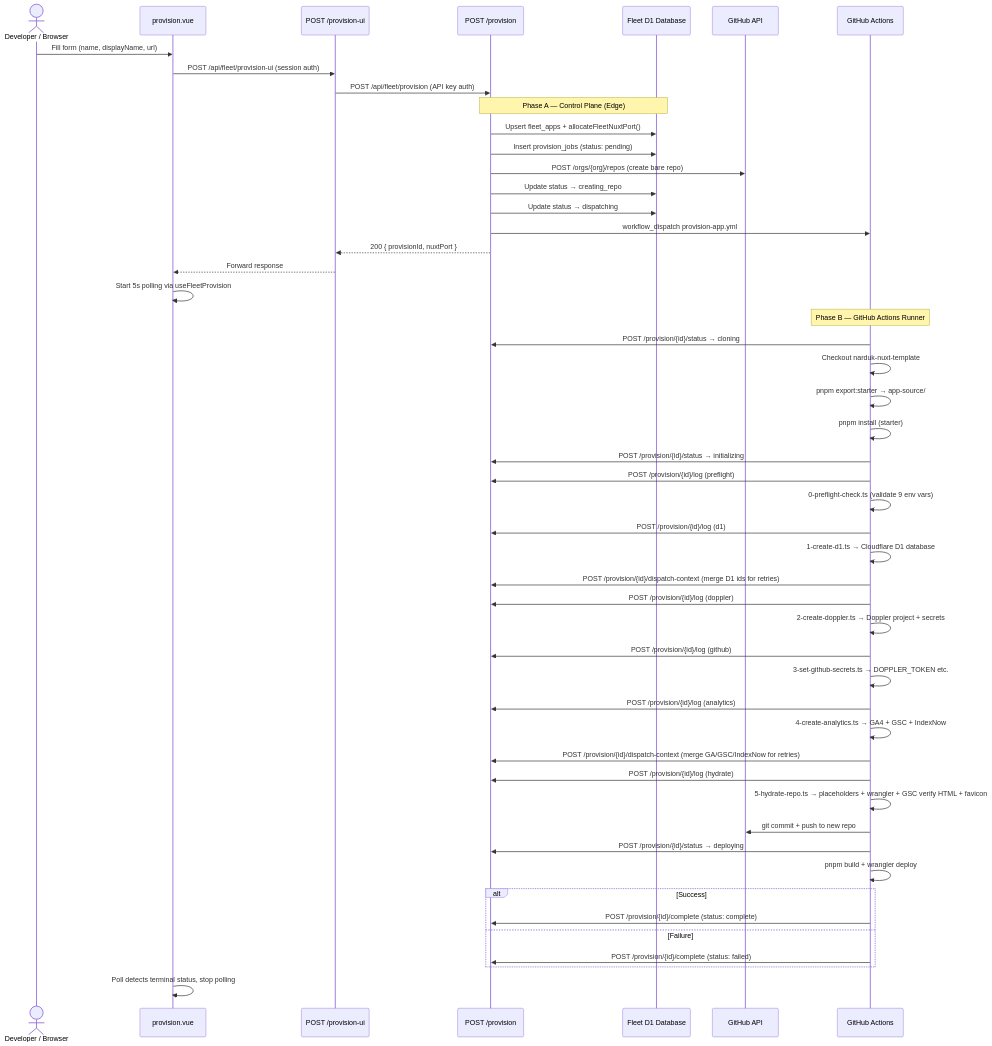
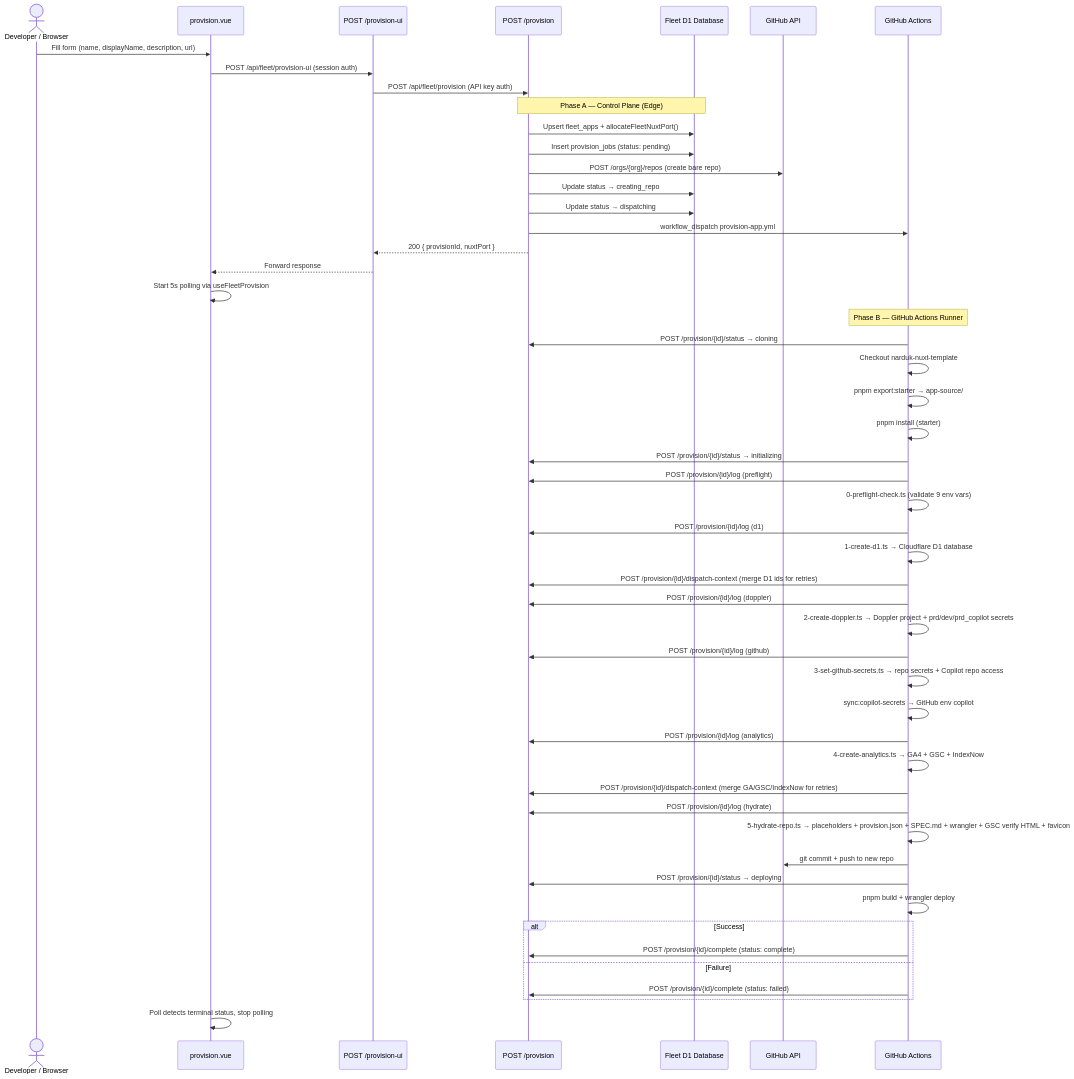
The first of 6 diagrams in docs/provisioning-pipeline.md (narduk-enterprises/control-plane), drawn with Mermaid before and after one commit. The commit also changed other lines of this file and 15 other files, not shown here.

Commit message:
feat: provision copilot workflow context

````diff
--- a/docs/provisioning-pipeline.md
+++ b/docs/provisioning-pipeline.md
@@ -15,66 +16,67 @@
 ```mermaid
 sequenceDiagram
     actor User as Developer / Browser
     participant UI as provision.vue
     participant Proxy as POST /provision-ui
     participant API as POST /provision
     participant D1 as Fleet D1 Database
     participant GH as GitHub API
     participant GHA as GitHub Actions
 
-    User->>UI: Fill form (name, displayName, url)
+    User->>UI: Fill form (name, displayName, description, url)
     UI->>Proxy: POST /api/fleet/provision-ui (session auth)
     Proxy->>API: POST /api/fleet/provision (API key auth)
 
     Note over API,D1: Phase A — Control Plane (Edge)
 
     API->>D1: Upsert fleet_apps + allocateFleetNuxtPort()
     API->>D1: Insert provision_jobs (status: pending)
     API->>GH: POST /orgs/{org}/repos (create bare repo)
     API->>D1: Update status → creating_repo
     API->>D1: Update status → dispatching
     API->>GHA: workflow_dispatch provision-app.yml
     API-->>Proxy: 200 { provisionId, nuxtPort }
     Proxy-->>UI: Forward response
     UI->>UI: Start 5s polling via useFleetProvision
 
     Note over GHA: Phase B — GitHub Actions Runner
 
     GHA->>API: POST /provision/{id}/status → cloning
     GHA->>GHA: Checkout narduk-nuxt-template
     GHA->>GHA: pnpm export:starter → app-source/
     GHA->>GHA: pnpm install (starter)
 
     GHA->>API: POST /provision/{id}/status → initializing
     GHA->>API: POST /provision/{id}/log (preflight)
     GHA->>GHA: 0-preflight-check.ts (validate 9 env vars)
 
     GHA->>API: POST /provision/{id}/log (d1)
     GHA->>GHA: 1-create-d1.ts → Cloudflare D1 database
     GHA->>API: POST /provision/{id}/dispatch-context (merge D1 ids for retries)
 
     GHA->>API: POST /provision/{id}/log (doppler)
-    GHA->>GHA: 2-create-doppler.ts → Doppler project + secrets
+    GHA->>GHA: 2-create-doppler.ts → Doppler project + prd/dev/prd_copilot secrets
 
     GHA->>API: POST /provision/{id}/log (github)
-    GHA->>GHA: 3-set-github-secrets.ts → DOPPLER_TOKEN etc.
+    GHA->>GHA: 3-set-github-secrets.ts → repo secrets + Copilot repo access
+    GHA->>GHA: sync:copilot-secrets → GitHub env copilot
 
     GHA->>API: POST /provision/{id}/log (analytics)
     GHA->>GHA: 4-create-analytics.ts → GA4 + GSC + IndexNow
     GHA->>API: POST /provision/{id}/dispatch-context (merge GA/GSC/IndexNow for retries)
 
     GHA->>API: POST /provision/{id}/log (hydrate)
-    GHA->>GHA: 5-hydrate-repo.ts → placeholders + wrangler + GSC verify HTML + favicon
+    GHA->>GHA: 5-hydrate-repo.ts → placeholders + provision.json + SPEC.md + wrangler + GSC verify HTML + favicon
 
     GHA->>GH: git commit + push to new repo
     GHA->>API: POST /provision/{id}/status → deploying
     GHA->>GHA: pnpm build + wrangler deploy
 
     alt Success
         GHA->>API: POST /provision/{id}/complete (status: complete)
     else Failure
         GHA->>API: POST /provision/{id}/complete (status: failed)
     end
 
     UI->>UI: Poll detects terminal status, stop polling
 ```
````
